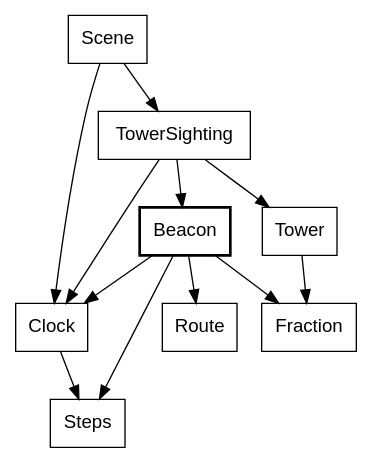
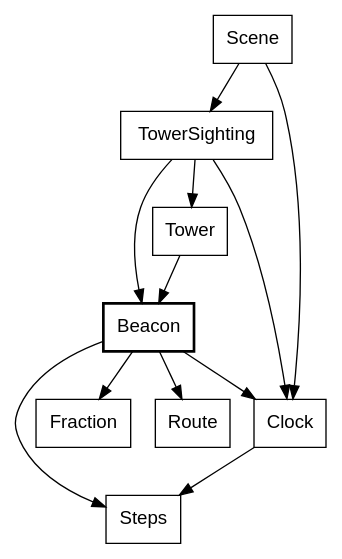
One commit to showell/roc-apps changed diagram 13 of 35 in canvas_apps/safari/tutorial/tutorial.md. Above: the diagram before and after it, drawn with Graphviz. The commit also changed other lines of this file and 5 other files, not shown here.

````diff
--- a/canvas_apps/safari/tutorial/tutorial.md
+++ b/canvas_apps/safari/tutorial/tutorial.md
@@ -1309,17 +1309,17 @@
 ```dot
 digraph beacon {
   node [shape=box, fontname="Helvetica"];
   Beacon [style=bold];
   Scene -> TowerSighting;
   Scene -> Clock;
   TowerSighting -> Beacon;
   TowerSighting -> Tower;
   TowerSighting -> Clock;
   Beacon -> Clock;
   Beacon -> Steps;
   Beacon -> Fraction;
   Beacon -> Route;
   Clock -> Steps;
-  Tower -> Fraction;
+  Tower -> Beacon;
 }
 ```
````
